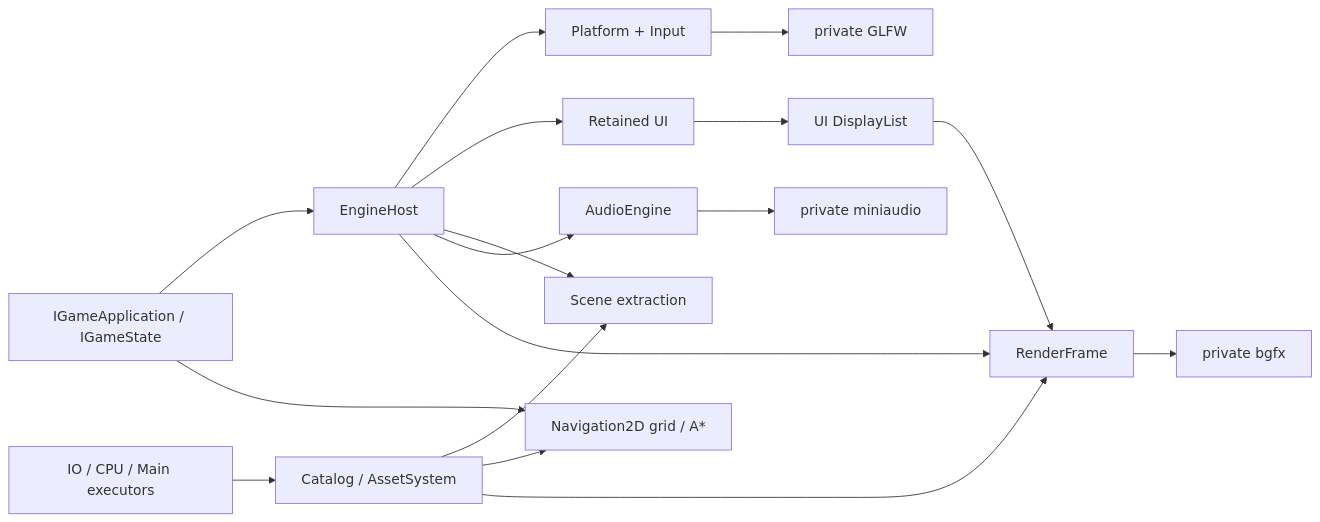
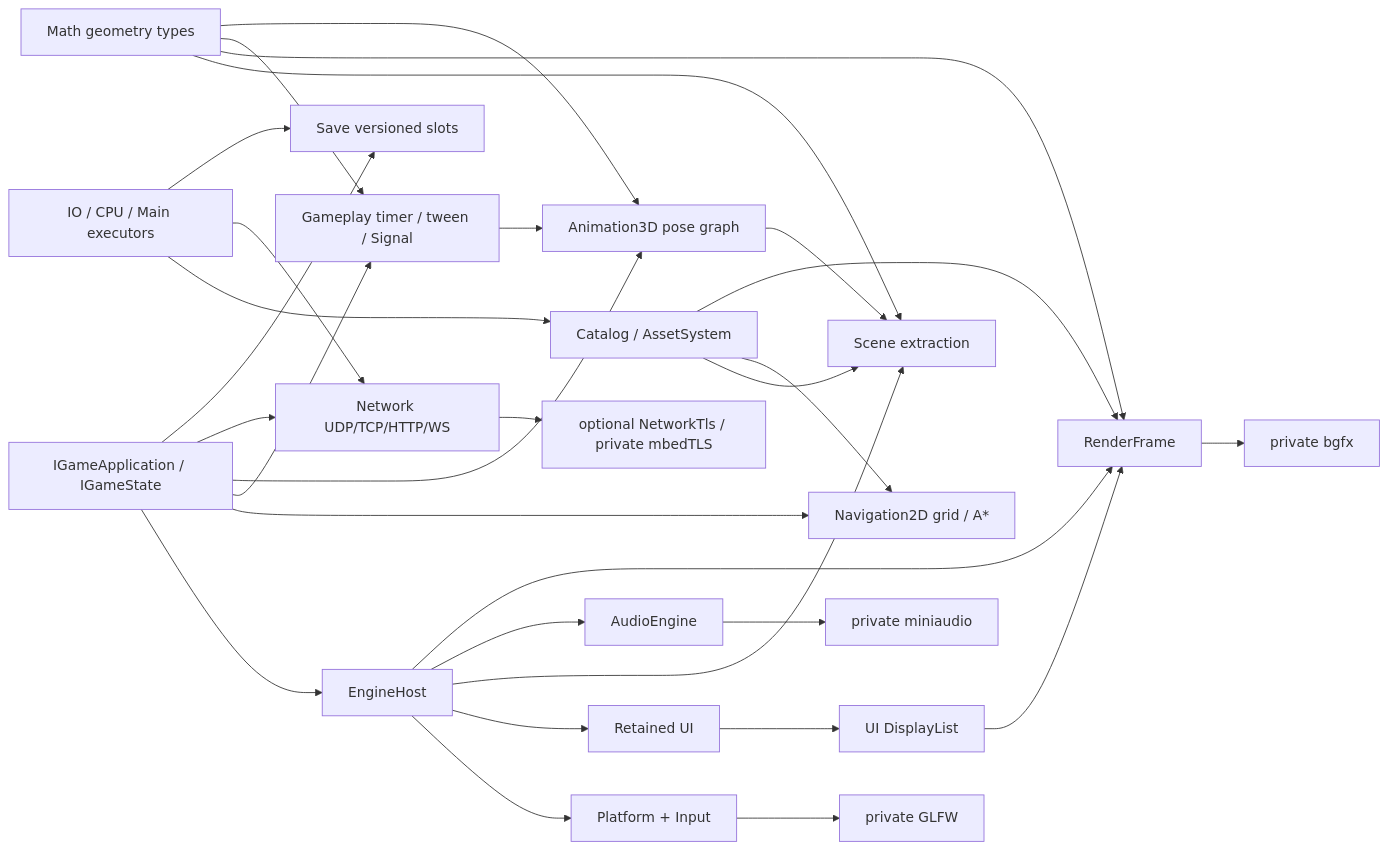
Before and after one commit to wuxianggujun/Tina: the diagram in docs/design.md, drawn with Mermaid. The commit also changed other lines of this file and 353 other files, not shown here.

````diff
--- a/docs/design.md
+++ b/docs/design.md
@@ -36,19 +41,32 @@
 ```mermaid
 flowchart LR
     Game["IGameApplication / IGameState"] --> Runtime["EngineHost"]
     Runtime --> Platform["Platform + Input"]
     Runtime --> UI["Retained UI"]
     Runtime --> Scene["Scene extraction"]
     Game --> Navigation["Navigation2D grid / A*"]
     Runtime --> Audio["AudioEngine"]
     Runtime --> Render["RenderFrame"]
+    Game --> Gameplay["Gameplay timer / tween / Signal"]
+    Game --> Animation3D["Animation3D pose graph"]
+    Game --> Network["Network UDP/TCP/HTTP/WS"]
+    Game --> Save["Save versioned slots"]
+    Animation3D --> Scene
+    Gameplay --> Animation3D
     Assets["Catalog / AssetSystem"] --> Scene
     Assets --> Navigation
     Assets --> Render
     Task["IO / CPU / Main executors"] --> Assets
+    Task --> Network
+    Task --> Save
+    Math["Math geometry types"] --> Scene
+    Math --> Render
+    Math --> Gameplay
+    Math --> Animation3D
     Platform --> Glfw["private GLFW"]
     UI --> Display["UI DisplayList"]
     Display --> Render
     Render --> Bgfx["private bgfx"]
     Audio --> Mini["private miniaudio"]
+    Network --> Tls["optional NetworkTls / private mbedTLS"]
 ```
````
